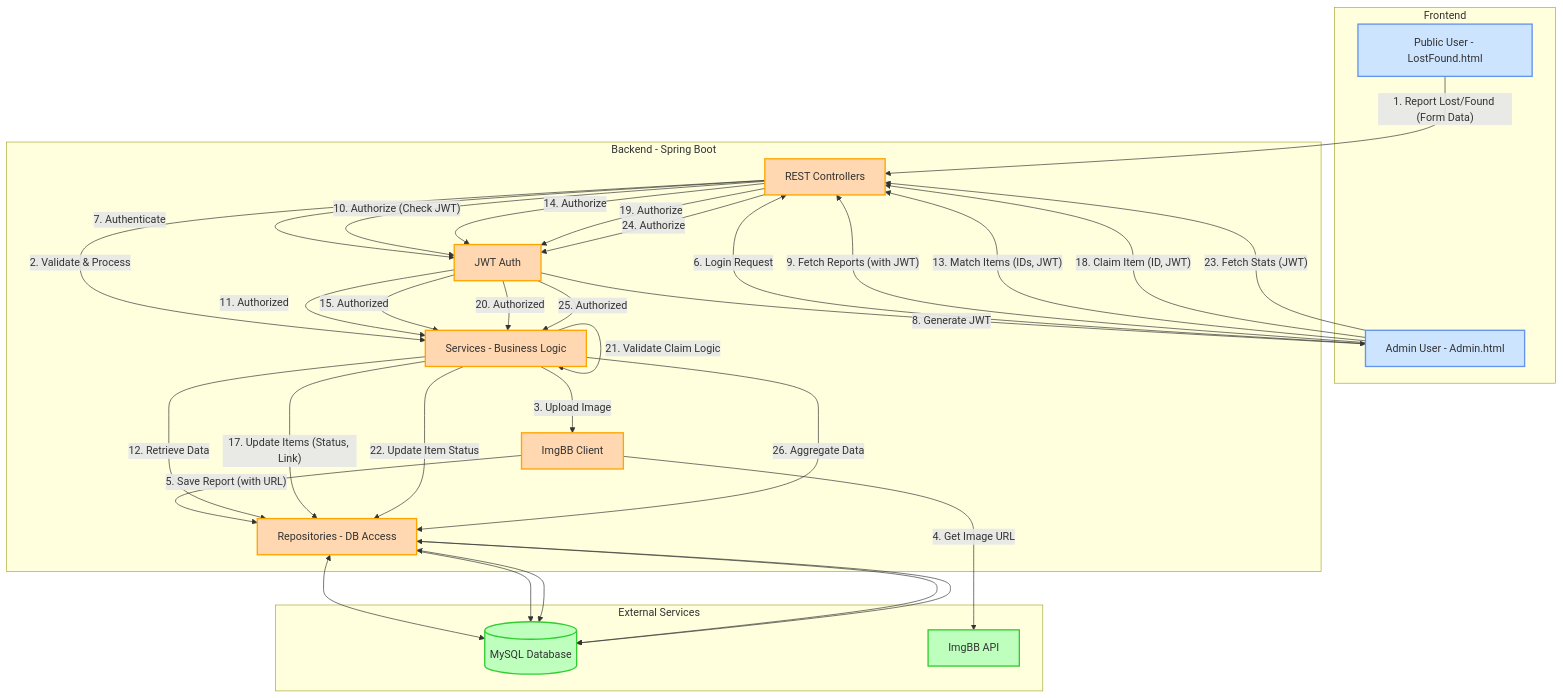
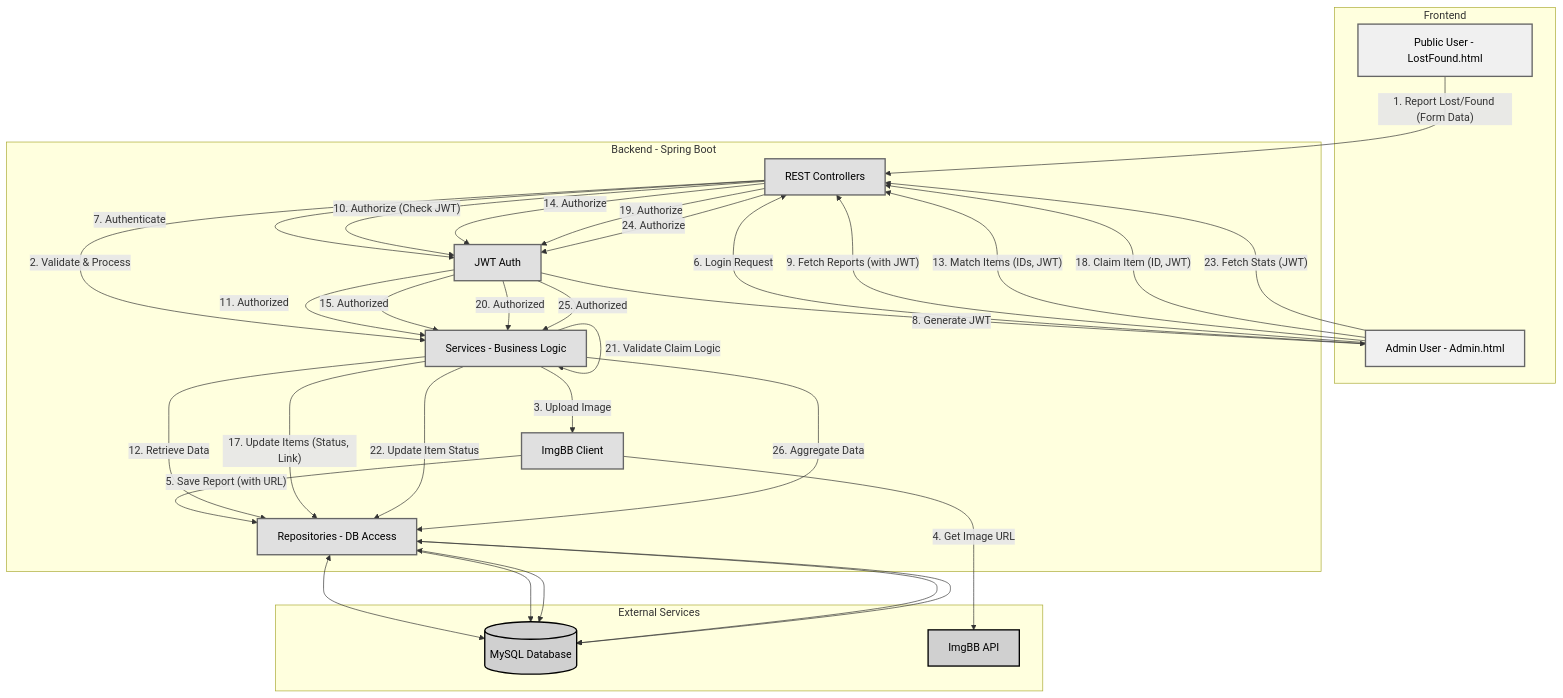
Before and after one commit to BlackQwerty/dad_project_real: the diagram in README.md, drawn with Mermaid.

````diff
--- a/README.md
+++ b/README.md
@@ -218,71 +218,70 @@
 ```mermaid
 graph TD
     subgraph "Frontend"
         A[Public User - LostFound.html]
         B[Admin User - Admin.html]
     end
 
     subgraph "Backend - Spring Boot"
         C[REST Controllers]
         D[Services - Business Logic]
         E[Repositories - DB Access]
         F[JWT Auth]
         G[ImgBB Client]
     end
 
     subgraph "External Services"
         H[(MySQL Database)]
         I[ImgBB API]
     end
 
     A -- "1. Report Lost/Found (Form Data)" --> C
     C -- "2. Validate & Process" --> D
     D -- "3. Upload Image" --> G
     G -- "4. Get Image URL" --> I
     G -- "5. Save Report (with URL)" --> E
     E <--> H
 
     B -- "6. Login Request" --> C
     C -- "7. Authenticate" --> F
     F -- "8. Generate JWT" --> B
 
     B -- "9. Fetch Reports (with JWT)" --> C
     C -- "10. Authorize (Check JWT)" --> F
     F -- "11. Authorized" --> D
     D -- "12. Retrieve Data" --> E
     E --> H
 
     B -- "13. Match Items (IDs, JWT)" --> C
     C -- "14. Authorize" --> F
     F -- "15. Authorized" --> D
     D -- "16. Validate Match Logic" --> D
     D -- "17. Update Items (Status, Link)" --> E
     E <--> H
 
     B -- "18. Claim Item (ID, JWT)" --> C
     C -- "19. Authorize" --> F
     F -- "20. Authorized" --> D
     D -- "21. Validate Claim Logic" --> D
     D -- "22. Update Item Status" --> E
     E <--> H
 
     B -- "23. Fetch Stats (JWT)" --> C
     C -- "24. Authorize" --> F
     F -- "25. Authorized" --> D
     D -- "26. Aggregate Data" --> E
     E --> H
 
-    style A fill:#cde4ff,stroke:#6495ED,stroke-width:2px
-    style B fill:#cde4ff,stroke:#6495ED,stroke-width:2px
-    style C fill:#ffd8b1,stroke:#ffa500,stroke-width:2px
-    style D fill:#ffd8b1,stroke:#ffa500,stroke-width:2px
-    style E fill:#ffd8b1,stroke:#ffa500,stroke-width:2px
-    style F fill:#ffd8b1,stroke:#ffa500,stroke-width:2px
-    style G fill:#ffd8b1,stroke:#ffa500,stroke-width:2px
-    style H fill:#beffbe,stroke:#32CD32,stroke-width:2px
-    style I fill:#beffbe,stroke:#32CD32,stroke-width:2px
-    classDef frontend fill:#cde4ff,stroke:#6495ED;
-    classDef backend fill:#ffd8b1,stroke:#ffa500;
-    classDef data fill:#beffbe,stroke:#32CD32;
-    classDef external fill:#beffbe,stroke:#32CD32;
+    %% Grayscale Colors with Black Text
+    %% Light Gray: #f0f0f0, Medium Gray: #cccccc, Dark Gray: #666666, Black: #000000
+    style A fill:#f0f0f0,stroke:#666666,stroke-width:2px,color:#000000
+    style B fill:#f0f0f0,stroke:#666666,stroke-width:2px,color:#000000
+    style C fill:#e0e0e0,stroke:#666666,stroke-width:2px,color:#000000
+    style D fill:#e0e0e0,stroke:#666666,stroke-width:2px,color:#000000
+    style E fill:#e0e0e0,stroke:#666666,stroke-width:2px,color:#000000
+    style F fill:#e0e0e0,stroke:#666666,stroke-width:2px,color:#000000
+    style G fill:#e0e0e0,stroke:#666666,stroke-width:2px,color:#000000
+    style H fill:#d0d0d0,stroke:#000000,stroke-width:2px,color:#000000
+    style I fill:#d0d0d0,stroke:#000000,stroke-width:2px,color:#000000
+
 ```
````
